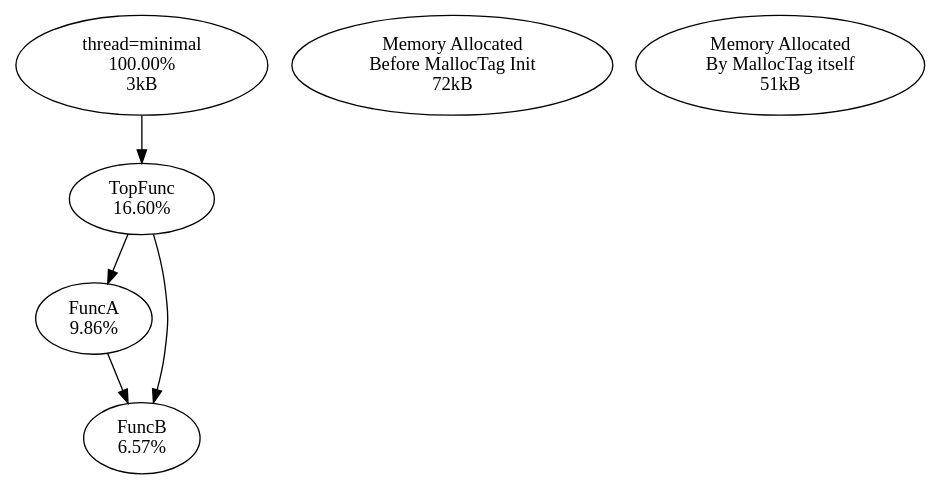
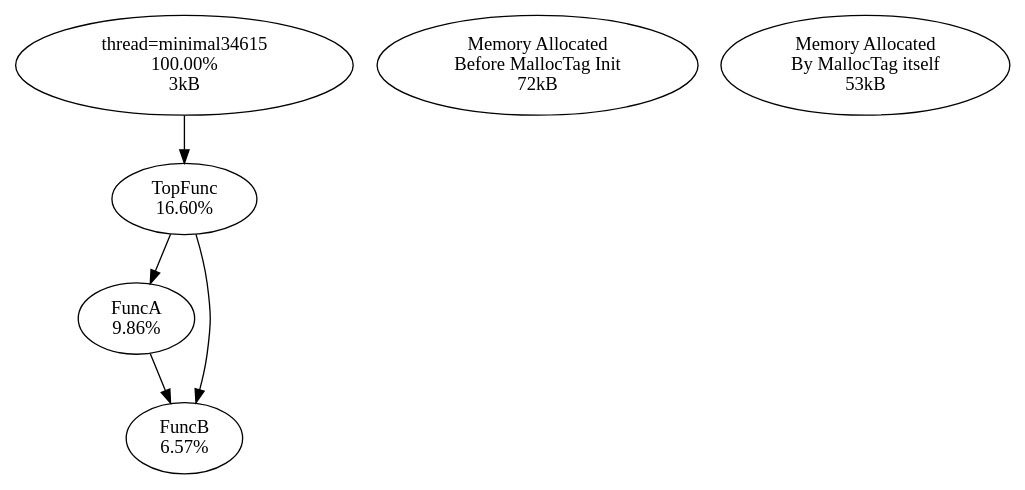
One commit to f18m/malloc-tag changed the diagram in examples/minimal/minimal_stats.dot. Above: the diagram before and after it, drawn with Graphviz. The commit also changed 6 other files, not shown here.

Commit message:
Add TID to thread name Move out of MallocTree_t::collect_stats_recursively() all stuff that is not strictly related to that specific malloc tree: we're going to produce multiple trees in output for multithreaded applications Register malloc trees for secondary threads in the global registry

```diff
--- a/examples/minimal/minimal_stats.dot
+++ b/examples/minimal/minimal_stats.dot
@@ -1,13 +1,13 @@
 digraph MallocTree {
-minimal [label="thread=minimal\n100.00%\n3kB"]
-minimal -> TopFunc
+minimal34615 [label="thread=minimal34615\n100.00%\n3kB"]
+minimal34615 -> TopFunc
 TopFunc [label="TopFunc\n16.60%"]
 TopFunc -> FuncA
 TopFunc -> FuncB
 FuncA [label="FuncA\n9.86%"]
 FuncA -> FuncB
 FuncB [label="FuncB\n6.57%"]
 FuncB [label="FuncB\n6.57%"]
 __before_init_node__ [label="Memory Allocated\nBefore MallocTag Init\n72kB"]
-__malloctag_self_memory__ [label="Memory Allocated\nBy MallocTag itself\n51kB"]
+__malloctag_self_memory__ [label="Memory Allocated\nBy MallocTag itself\n53kB"]
 }
```
